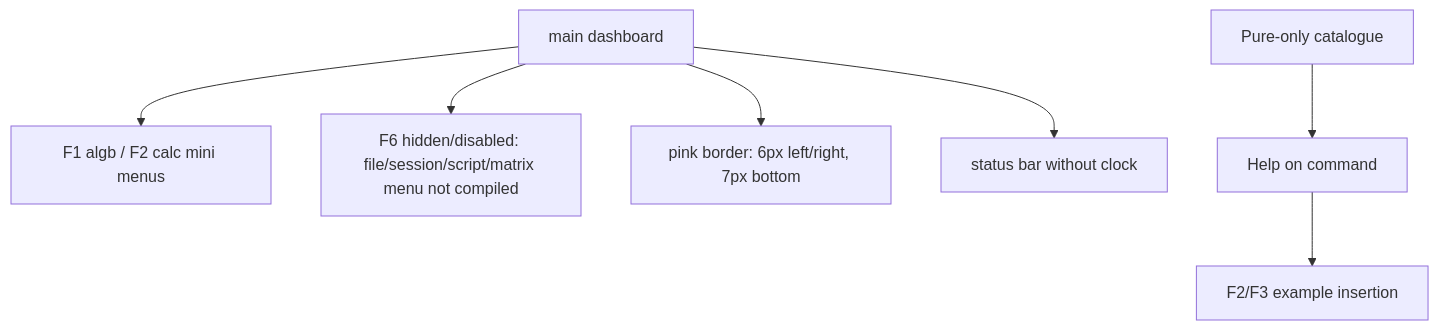
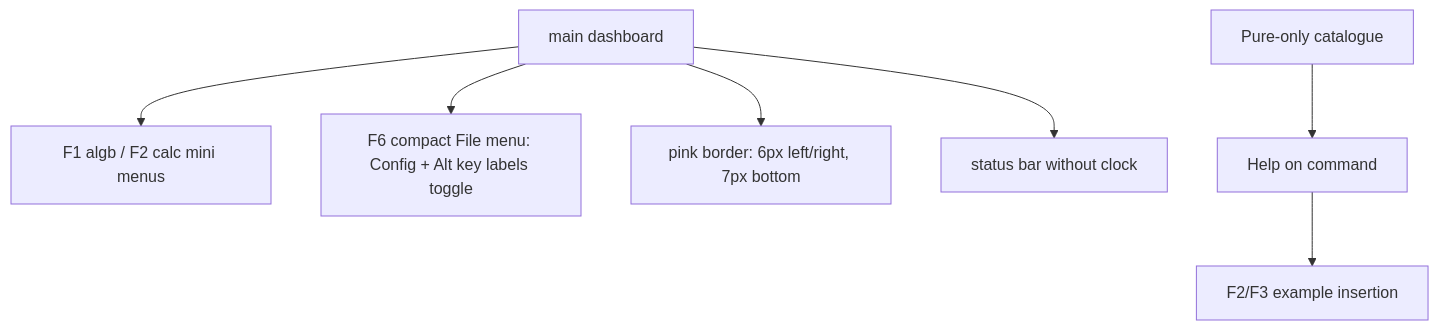
One commit to james8464/notes-addin-casio-fx-cg50 changed the fourth of 6 diagrams in docs/GRAPH.md. Above: the diagram before and after it, drawn with Mermaid. The commit also changed other lines of this file and 7 other files, not shown here.

````diff
--- a/docs/GRAPH.md
+++ b/docs/GRAPH.md
@@ -51,9 +51,9 @@
 ```mermaid
 graph TD
   Console["main dashboard"] --> FMenu["F1 algb / F2 calc mini menus"]
-  Console --> F6["F6 hidden/disabled: file/session/script/matrix menu not compiled"]
+  Console --> F6["F6 compact File menu: Config + Alt key labels toggle"]
   Console --> Border["pink border: 6px left/right, 7px bottom"]
   Console --> Status["status bar without clock"]
   Catalog["Pure-only catalogue"] --> Help["Help on command"]
   Help --> Examples["F2/F3 example insertion"]
 ```
````
